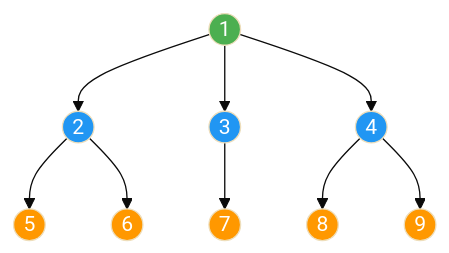
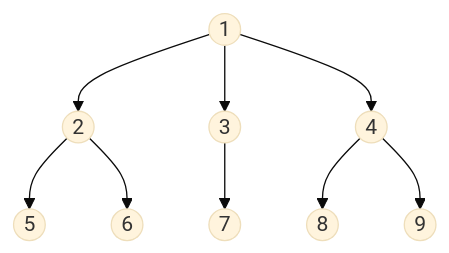
Before and after one commit to FPTOJ-OJ/fptoj_wiki: the first of 4 diagrams in docs/lessons/dp-on-trees.md, drawn with Mermaid (base theme). The commit also changed other lines of this file and 18 other files, not shown here.

First line of the commit message:
fix: LaTeX errors, mermaid theme switching, remove custom colors

````diff
--- a/docs/lessons/dp-on-trees.md
+++ b/docs/lessons/dp-on-trees.md
@@ -33,21 +39,11 @@
 ```mermaid
 graph TD
     A((1)) --> B((2))
     A --> C((3))
     A --> D((4))
     B --> E((5))
     B --> F((6))
     C --> G((7))
     D --> H((8))
     D --> I((9))
-
-    style A fill:#4CAF50,color:#fff
-    style B fill:#2196F3,color:#fff
-    style C fill:#2196F3,color:#fff
-    style D fill:#2196F3,color:#fff
-    style E fill:#FF9800,color:#fff
-    style F fill:#FF9800,color:#fff
-    style G fill:#FF9800,color:#fff
-    style H fill:#FF9800,color:#fff
-    style I fill:#FF9800,color:#fff
 ```
````
